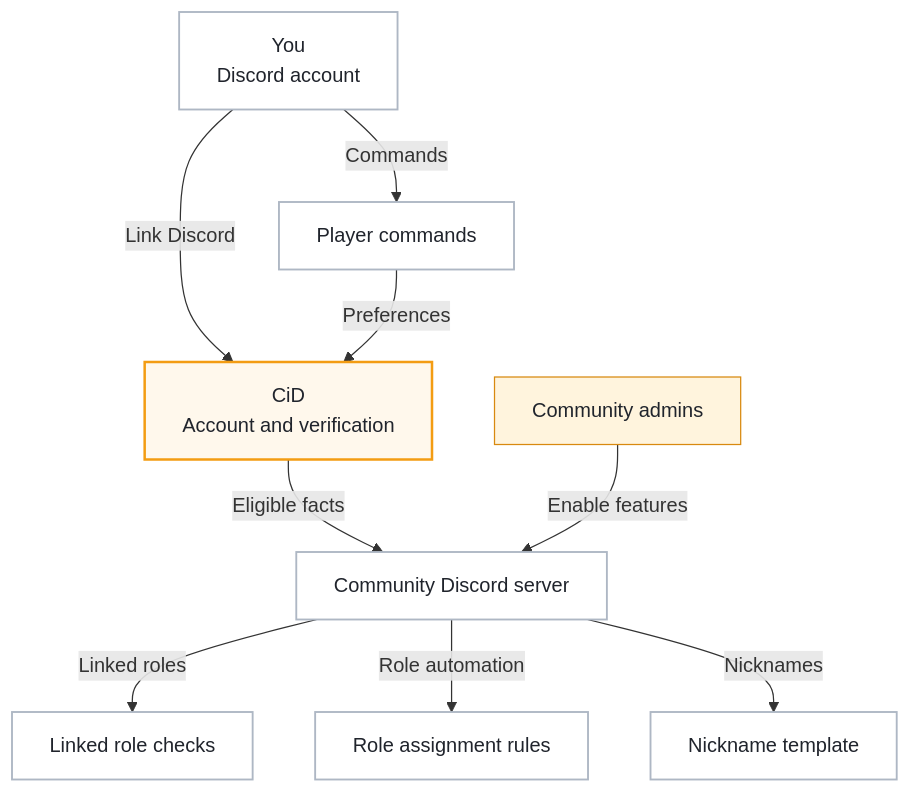
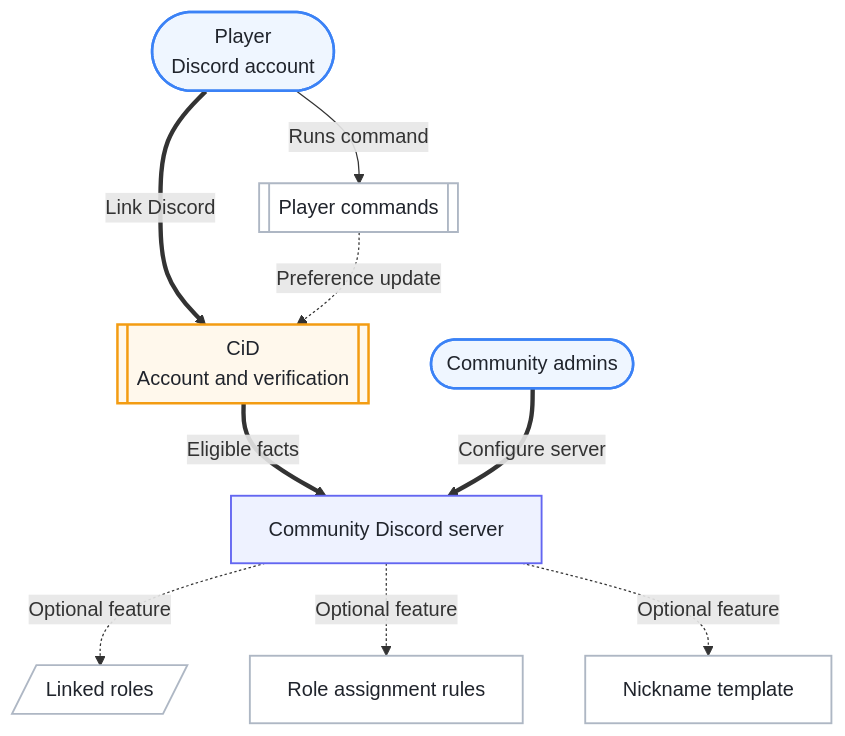
The diagram in docs/players/discord-integrations.md (ArkanisCorporation/CitizenId-docs), drawn with Mermaid before and after one commit. The commit also changed 8 other files, not shown here.

Commit message:
fix: normalize existing diagram parts

````diff
--- a/docs/players/discord-integrations.md
+++ b/docs/players/discord-integrations.md
@@ -24,31 +24,29 @@
 ```mermaid
 flowchart TD
-  player["You<br/>Discord account"]
-  cid["CiD<br/>Account and verification"]
+  player(["Player<br/>Discord account"])
+  cid[["CiD<br/>Account and verification"]]
   server["Community Discord server"]
-  linked["Linked role checks"]
+  linked[/"Linked roles"/]
   roles["Role assignment rules"]
   nick["Nickname template"]
-  commands["Player commands"]
-  admins["Community admins"]
+  commands[["Player commands"]]
+  admins(["Community admins"])
 
-  player -->|"Link Discord"| cid
-  cid -->|"Eligible facts"| server
-  admins -->|"Enable features"| server
-  server -->|"Linked roles"| linked
-  server -->|"Role automation"| roles
-  server -->|"Nicknames"| nick
-  player -->|"Commands"| commands
-  commands -->|"Preferences"| cid
+  player ==>|Link Discord| cid
+  cid ==>|Eligible facts| server
+  admins ==>|Configure server| server
+  server -. "Optional feature" .-> linked
+  server -. "Optional feature" .-> roles
+  server -. "Optional feature" .-> nick
+  player -->|"Runs command"| commands
+  commands -. "Preference update" .-> cid
 
-  classDef person fill:#ffffff,stroke:#aeb7c4,color:#20242c,stroke-width:1.5px;
-  classDef cidNode fill:#fff8ec,stroke:#F39C12,color:#20242c,stroke-width:2px;
-  classDef serverNode fill:#ffffff,stroke:#aeb7c4,color:#20242c,stroke-width:1.5px;
-  classDef feature fill:#ffffff,stroke:#aeb7c4,color:#20242c,stroke-width:1.5px;
-  classDef admin fill:#fff4dd,stroke:#d8890f,color:#20242c;
-  class player person;
-  class cid cidNode;
-  class server serverNode;
-  class linked,roles,nick,commands feature;
-  class admins admin;
+  classDef actor fill:#eff6ff,stroke:#3b82f6,color:#20242c,stroke-width:2px;
+  classDef service fill:#fff8ec,stroke:#F39C12,color:#20242c,stroke-width:2px;
+  classDef context fill:#eef2ff,stroke:#6366f1,color:#20242c,stroke-width:1.5px;
+  classDef action fill:#ffffff,stroke:#aeb7c4,color:#20242c,stroke-width:1.5px;
+  class player,admins actor;
+  class cid service;
+  class server context;
+  class linked,roles,nick,commands action;
 ```
````
